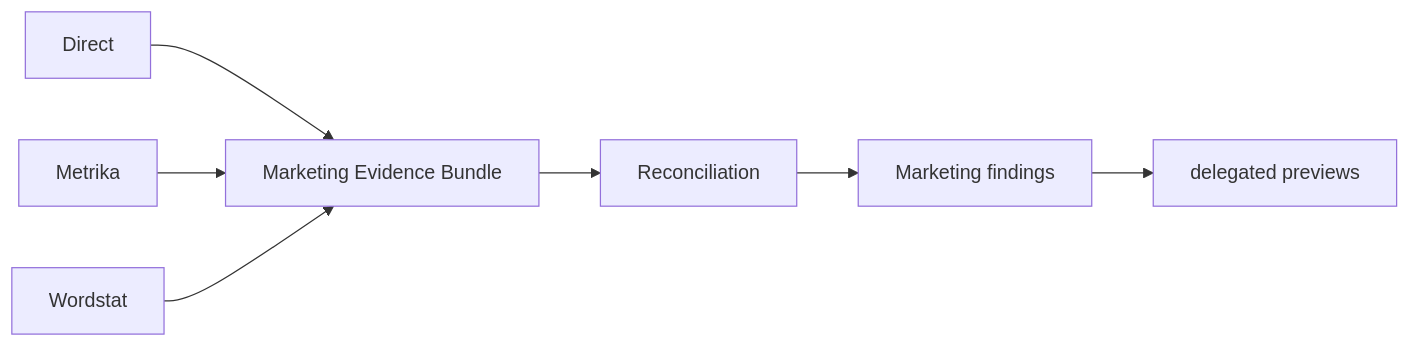
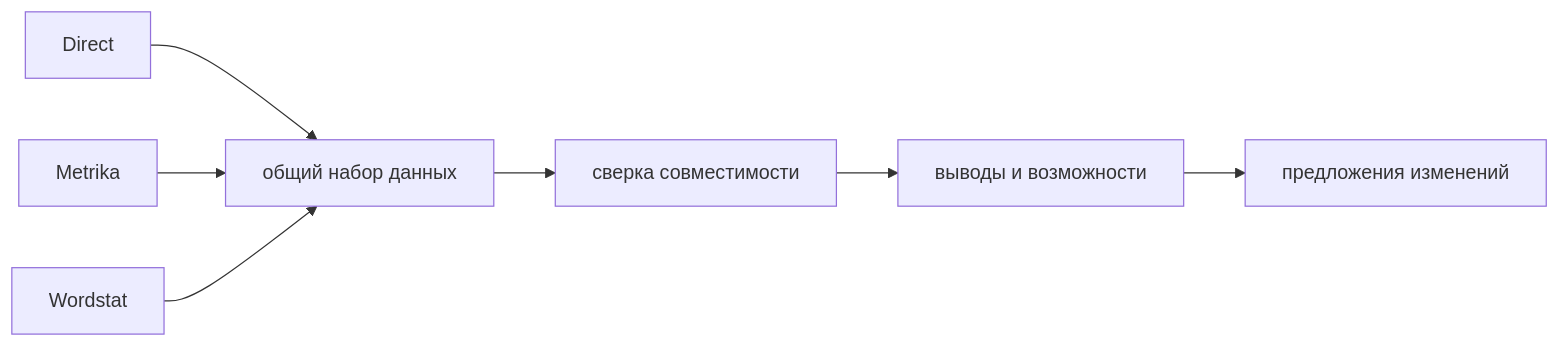
Before and after one commit to trafficolog/yandex-ai-plugins-skills: the second of 2 diagrams in README.md, drawn with Mermaid. The commit also changed other lines of this file and 1 other file, not shown here.

````diff
--- a/README.md
+++ b/README.md
@@ -120,9 +184,9 @@
 ```mermaid
 flowchart LR
-  D[Direct] --> B[Marketing Evidence Bundle]
+  D[Direct] --> B[общий набор данных]
   M[Metrika] --> B
   W[Wordstat] --> B
-  B --> R[Reconciliation]
-  R --> O[Marketing findings]
-  O --> P[delegated previews]
+  B --> R[сверка совместимости]
+  R --> O[выводы и возможности]
+  O --> P[предложения изменений]
 ```
````
